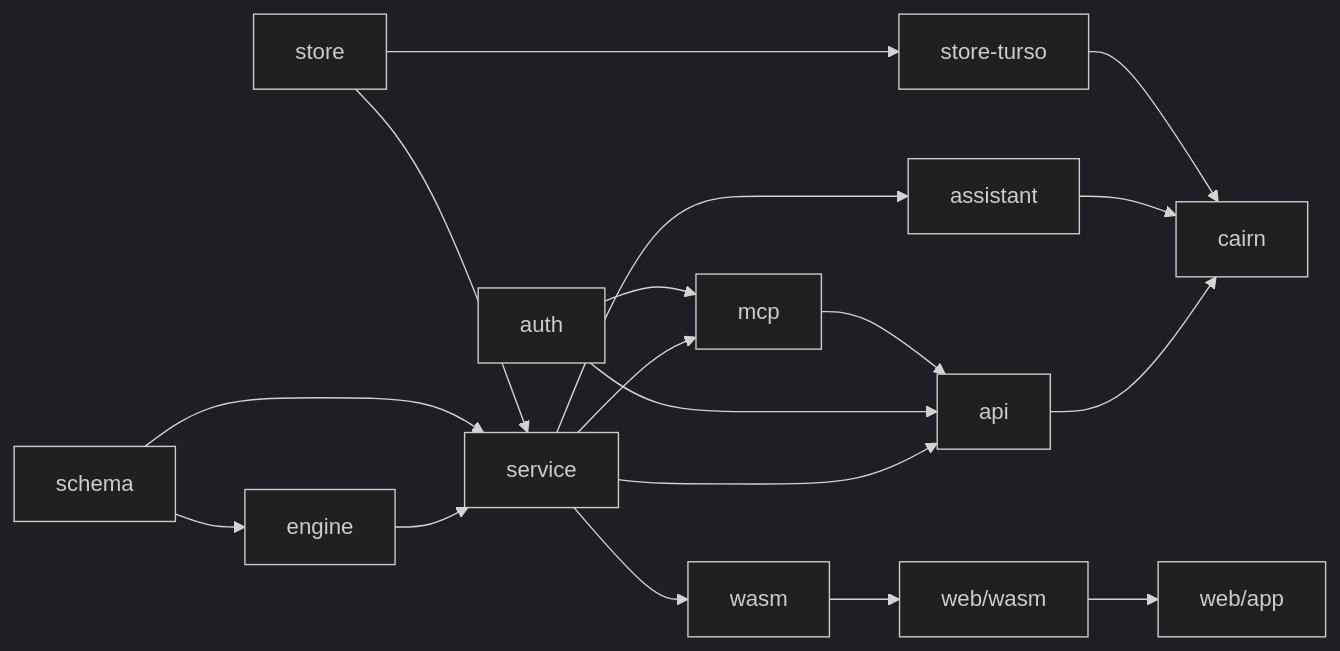
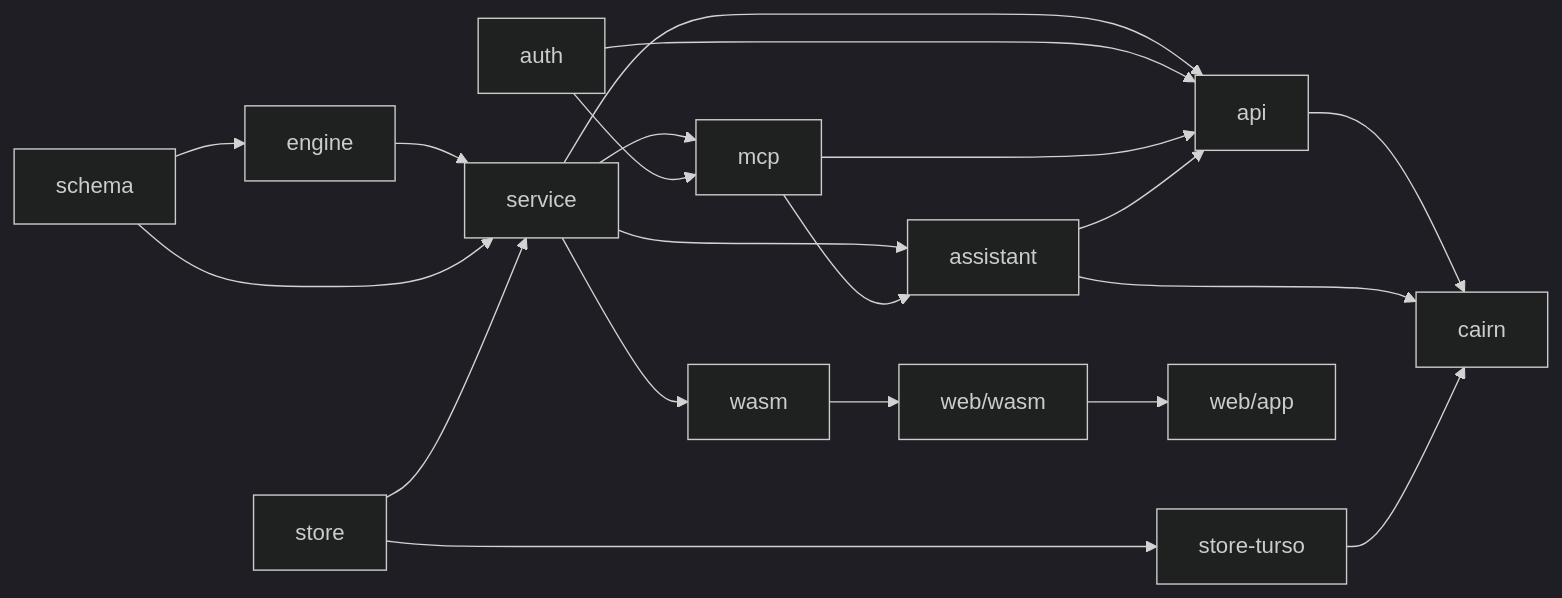
One commit to JacobHayes/cairn changed the second of 3 diagrams in ARCHITECTURE.md. Above: the diagram before and after it, drawn with Mermaid (dark theme). The commit also changed other lines of this file and 42 other files, not shown here.

````diff
--- a/ARCHITECTURE.md
+++ b/ARCHITECTURE.md
@@ -107,20 +107,22 @@
 ```mermaid
 flowchart LR
     schema --> engine
     engine --> service
     schema --> service
     store --> service
     store --> store_turso[store-turso]
     service --> api
     service --> mcp
     service --> assistant
     auth --> api
     auth --> mcp
     mcp --> api
+    mcp --> assistant
+    assistant --> api
     api --> cairn
     assistant --> cairn
     store_turso --> cairn
     service --> wasm
     wasm --> web_wasm[web/wasm]
     web_wasm --> web_app[web/app]
 ```
````
